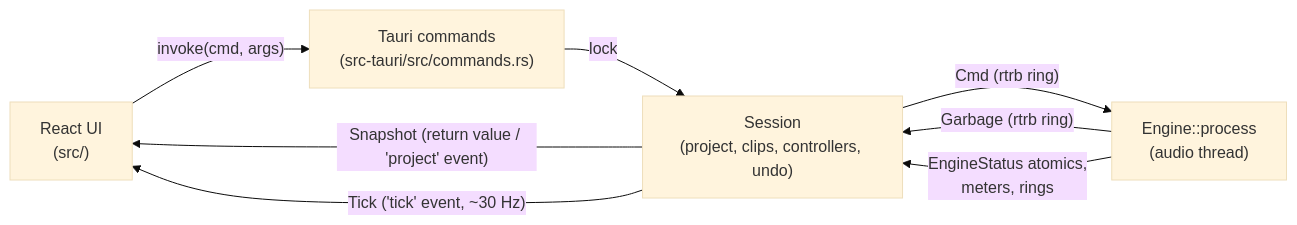
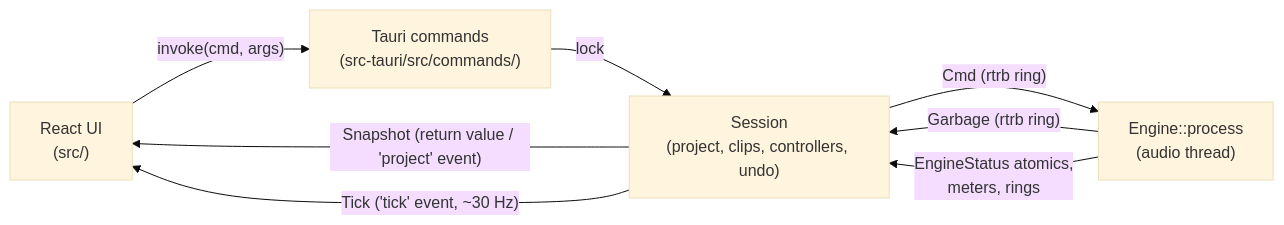
Before and after one commit to JackMechem/marbble: the first of 3 diagrams in docs/ARCHITECTURE.md, drawn with Mermaid (base theme). The commit also changed other lines of this file and 67 other files, not shown here.

````diff
--- a/docs/ARCHITECTURE.md
+++ b/docs/ARCHITECTURE.md
@@ -48,10 +48,10 @@
 ```mermaid
 flowchart LR
-  UI["React UI<br/>(src/)"] -- "invoke(cmd, args)" --> CMD["Tauri commands<br/>(src-tauri/src/commands.rs)"]
+  UI["React UI<br/>(src/)"] -- "invoke(cmd, args)" --> CMD["Tauri commands<br/>(src-tauri/src/commands/)"]
   CMD -- "lock" --> S["Session<br/>(project, clips, controllers, undo)"]
   S -- "Cmd (rtrb ring)" --> E["Engine::process<br/>(audio thread)"]
   E -- "Garbage (rtrb ring)" --> S
   E -- "EngineStatus atomics,<br/>meters, rings" --> S
   S -- "Snapshot (return value / 'project' event)" --> UI
   S -- "Tick ('tick' event, ~30 Hz)" --> UI
 ```
````
